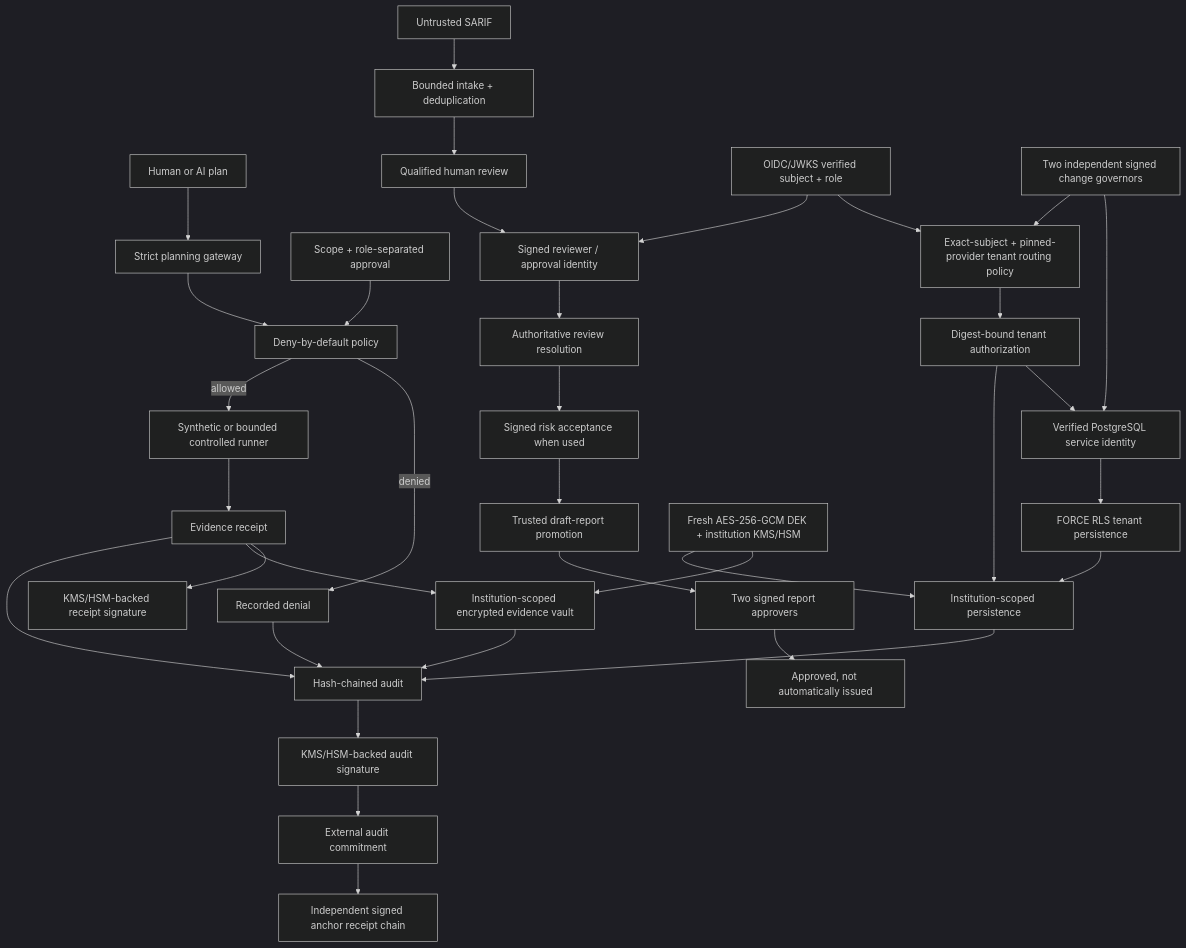
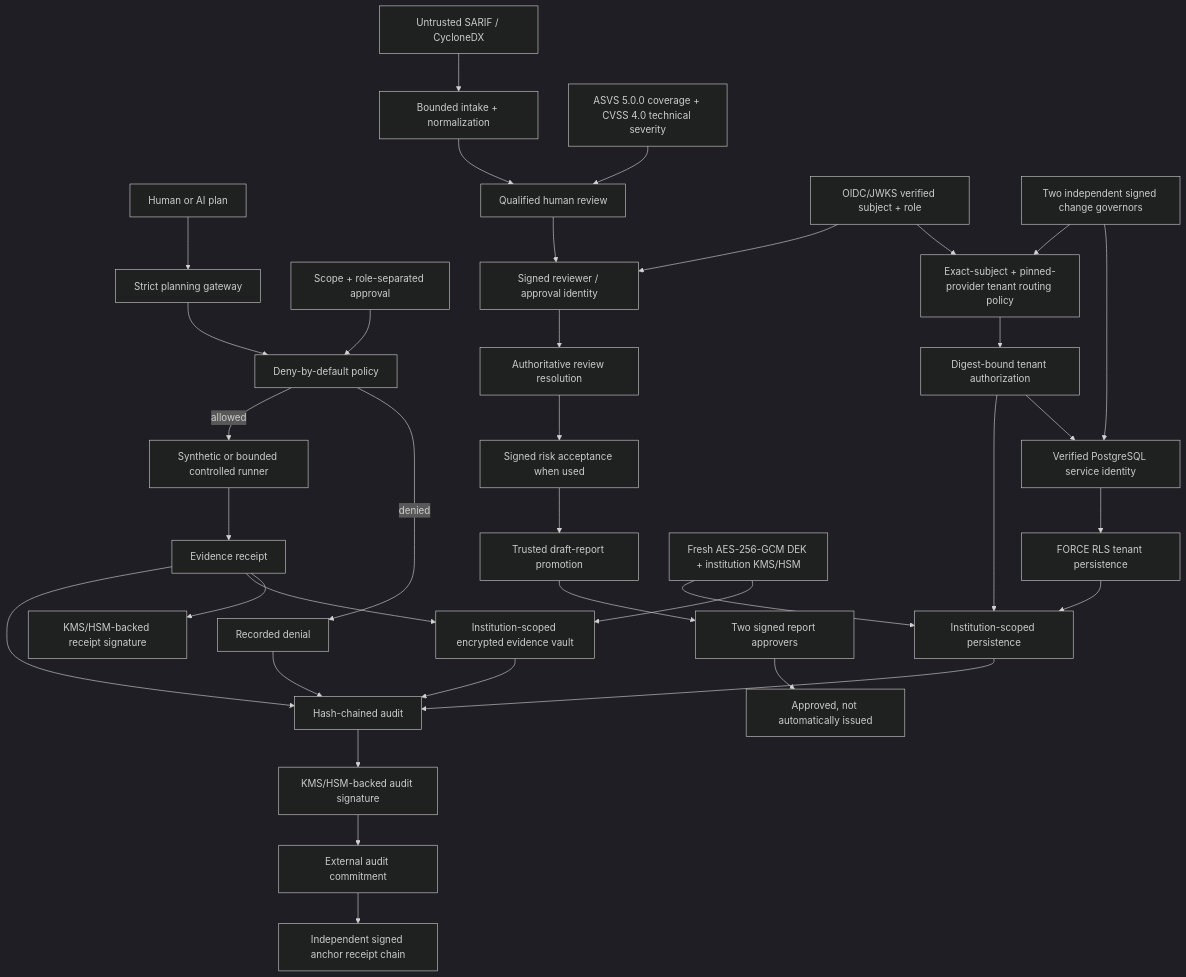
One commit to bilgekayali/finredops changed the diagram in README.md. Above: the diagram before and after it, drawn with Mermaid (dark theme). The commit also changed other lines of this file and 13 other files, not shown here.

````diff
--- a/README.md
+++ b/README.md
@@ -48,37 +46,38 @@
 ```mermaid
 flowchart TD
     A["Human or AI plan"] --> B["Strict planning gateway"]
     B --> C["Deny-by-default policy"]
     D["Scope + role-separated approval"] --> C
     C -->|allowed| E["Synthetic or bounded controlled runner"]
     C -->|denied| F["Recorded denial"]
     E --> G["Evidence receipt"]
     F --> H["Hash-chained audit"]
     G --> H
     G --> VV["Institution-scoped encrypted evidence vault"]
-    I["Untrusted SARIF"] --> J["Bounded intake + deduplication"]
+    I["Untrusted SARIF / CycloneDX"] --> J["Bounded intake + normalization"]
     J --> K["Qualified human review"]
+    AS["ASVS 5.0.0 coverage + CVSS 4.0 technical severity"] --> K
     O["OIDC/JWKS verified subject + role"] --> L["Signed reviewer / approval identity"]
     K --> L
     L --> N["Authoritative review resolution"]
     N --> R["Signed risk acceptance when used"]
     R --> M["Trusted draft-report promotion"]
     M --> P["Two signed report approvers"]
     P --> Q["Approved, not automatically issued"]
     O --> W["Exact-subject + pinned-provider tenant routing policy"]
     CC["Two independent signed change governors"] --> W
     W --> X["Digest-bound tenant authorization"]
     X --> S["Institution-scoped persistence"]
     X --> Y["Verified PostgreSQL service identity"]
     CC --> Y
     Y --> Z["FORCE RLS tenant persistence"]
     Z --> S
     S --> H
     T["Fresh AES-256-GCM DEK + institution KMS/HSM"] --> S
     T --> VV
     VV --> H
     H --> U["KMS/HSM-backed audit signature"]
     U --> AA["External audit commitment"]
     AA --> AB["Independent signed anchor receipt chain"]
     G --> V["KMS/HSM-backed receipt signature"]
 ```
````
